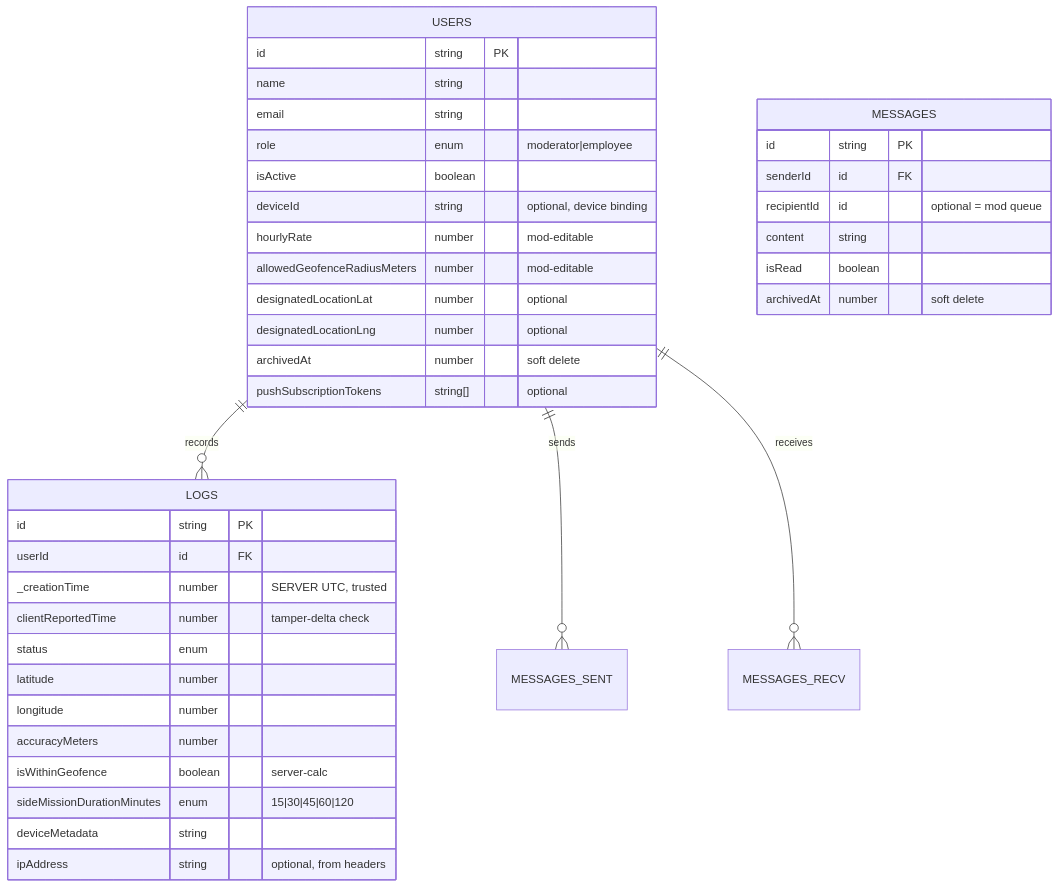
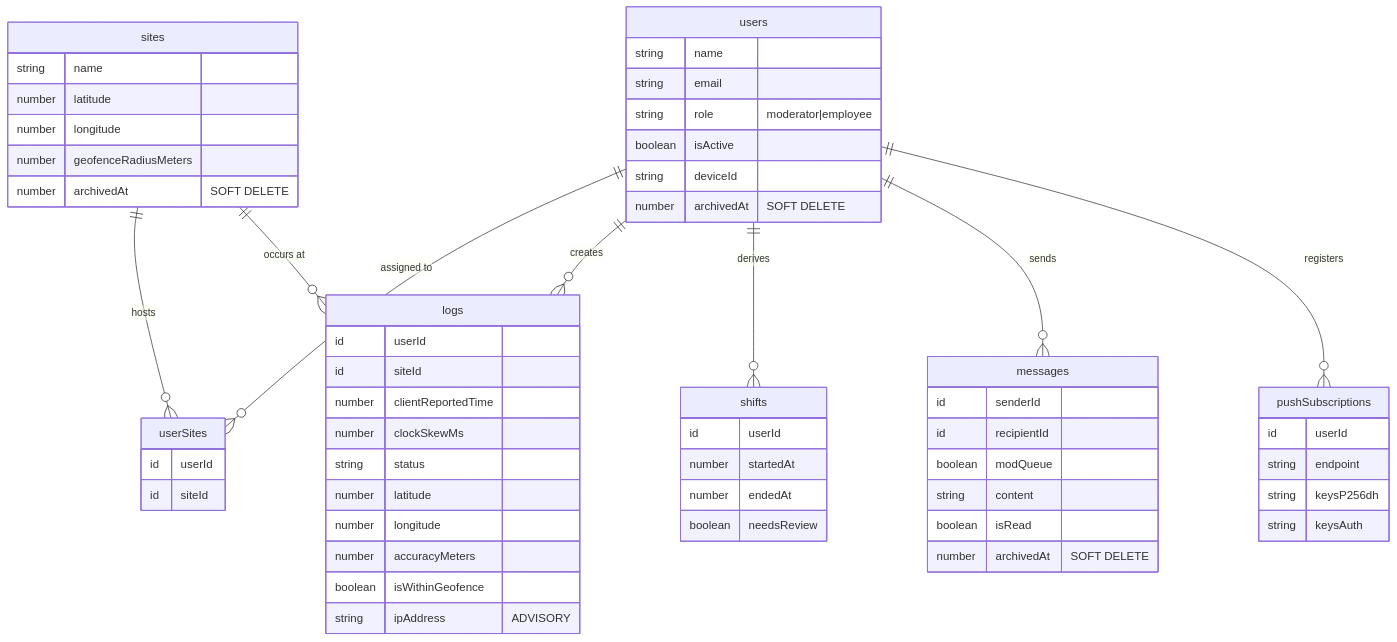
The second of 5 diagrams in j-pay.md (TeacherEvan/J-pay), drawn with Mermaid before and after one commit. The commit also changed other lines of this file, not shown here.

Commit message:
docs(j-pay): replace stale v0.2 TRD with v1.1 (the version the plan and review target)

````diff
--- a/j-pay.md
+++ b/j-pay.md
@@ -91,43 +304,62 @@
 ```mermaid
 erDiagram
-  USERS ||--o{ LOGS : "records"
-  USERS ||--o{ MESSAGES_SENT : "sends"
-  USERS ||--o{ MESSAGES_RECV : "receives"
+    users ||--o{ userSites : "assigned to"
+    sites ||--o{ userSites : "hosts"
+    users ||--o{ logs : "creates"
+    sites ||--o{ logs : "occurs at"
+    users ||--o{ shifts : "derives"
+    users ||--o{ messages : "sends"
+    users ||--o{ pushSubscriptions : "registers"
 
-  USERS {
-    id string PK
-    name string
-    email string
-    role enum "moderator|employee"
-    isActive boolean
-    deviceId string "optional, device binding"
-    hourlyRate number "mod-editable"
-    allowedGeofenceRadiusMeters number "mod-editable"
-    designatedLocationLat number "optional"
-    designatedLocationLng number "optional"
-    archivedAt number "soft delete"
-    pushSubscriptionTokens string[] "optional"
-  }
-  LOGS {
-    id string PK
-    userId id FK
-    _creationTime number "SERVER UTC, trusted"
-    clientReportedTime number "tamper-delta check"
-    status enum
-    latitude number
-    longitude number
-    accuracyMeters number
-    isWithinGeofence boolean "server-calc"
-    sideMissionDurationMinutes enum "15|30|45|60|120"
-    deviceMetadata string
-    ipAddress string "optional, from headers"
-  }
-  MESSAGES {
-    id string PK
-    senderId id FK
-    recipientId id "optional = mod queue"
-    content string
-    isRead boolean
-    archivedAt number "soft delete"
-  }
+    users {
+        string name
+        string email
+        string role "moderator|employee"
+        boolean isActive
+        string deviceId
+        number archivedAt "SOFT DELETE"
+    }
+    sites {
+        string name
+        number latitude
+        number longitude
+        number geofenceRadiusMeters
+        number archivedAt "SOFT DELETE"
+    }
+    userSites {
+        id userId
+        id siteId
+    }
+    logs {
+        id userId
+        id siteId
+        number clientReportedTime
+        number clockSkewMs
+        string status
+        number latitude
+        number longitude
+        number accuracyMeters
+        boolean isWithinGeofence
+        string ipAddress "ADVISORY"
+    }
+    shifts {
+        id userId
+        number startedAt
+        number endedAt
+        boolean needsReview
+    }
+    messages {
+        id senderId
+        id recipientId
+        boolean modQueue
+        string content
+        boolean isRead
+        number archivedAt "SOFT DELETE"
+    }
+    pushSubscriptions {
+        id userId
+        string endpoint
+        string keysP256dh
+        string keysAuth
+    }
 ```
````
